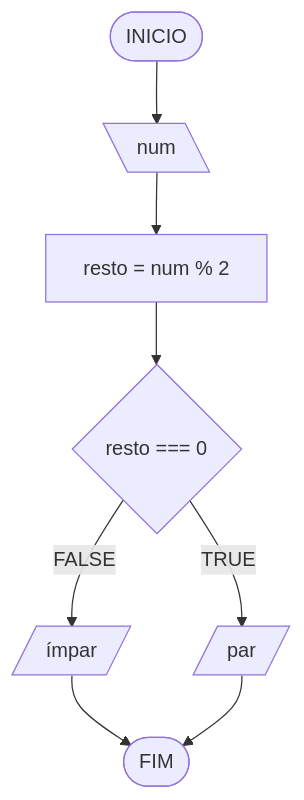
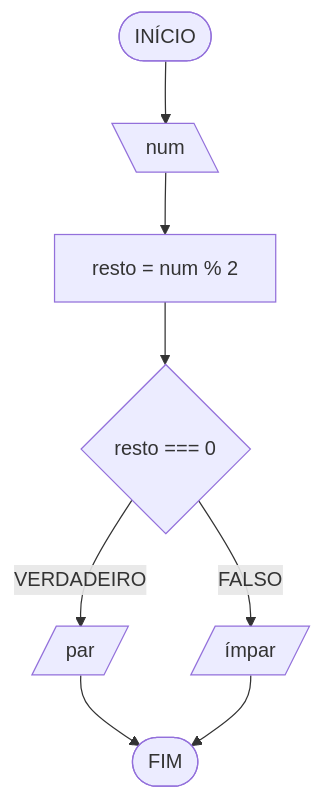
One commit to Carlos-Eduardo-Freitas/JavaScript-C-JAVA-Python changed the seventh of 8 diagrams in JavaScript/Aula 1: Variáveis/aula1.md. Above: the diagram before and after it, drawn with Mermaid. The commit also changed other lines of this file, not shown here.

````diff
--- a/JavaScript/Aula 1: Variáveis/aula1.md
+++ b/JavaScript/Aula 1: Variáveis/aula1.md
@@ -320,10 +332,10 @@
 ```mermaid
 flowchart TD
-A([INICIO]) --> B[\num\]
+A([INÍCIO]) --> B[\num\]
 B --> C[resto = num % 2]
 C --> D{resto === 0}
-D --FALSE--> E[/"ímpar"/]
-D --TRUE--> F[/"par"/]
+D -->|VERDADEIRO| E[/"par"/]
+D -->|FALSO| F[/"ímpar"/]
 E --> G([FIM])
 F --> G
 ```
````
